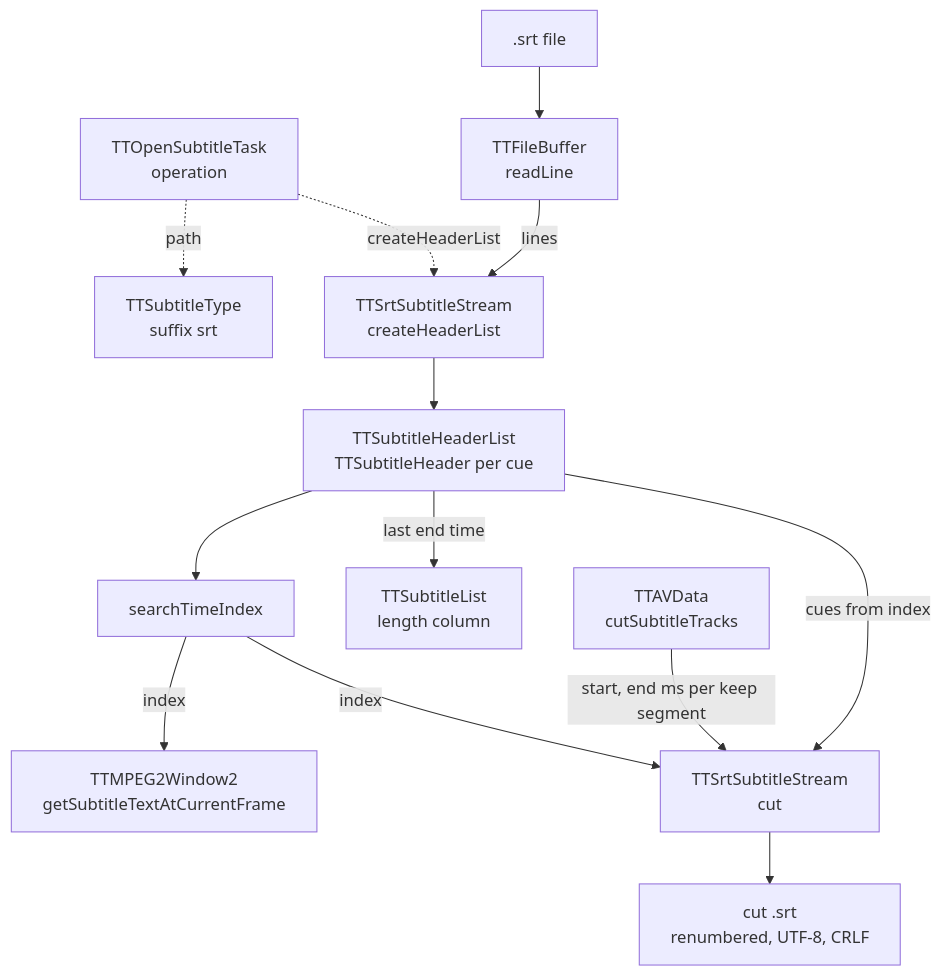
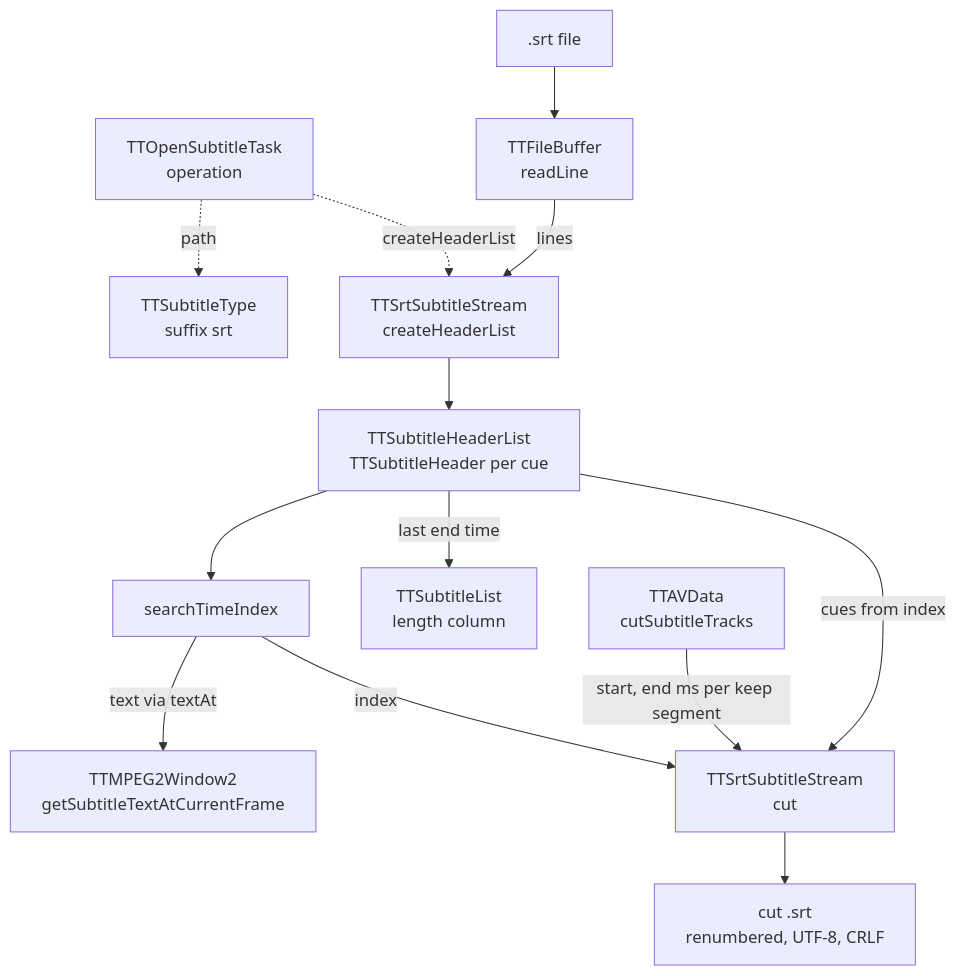
Before and after one commit to MINIXJR/TTCut-ng: the diagram in docs/code-map/subtitle-core.md, drawn with Mermaid. The commit also changed other lines of this file and 22 other files, not shown here.

````diff
--- a/docs/code-map/subtitle-core.md
+++ b/docs/code-map/subtitle-core.md
@@ -41,28 +41,28 @@
 ```mermaid
 flowchart TD
     FILE[".srt file"]
     TYPE["TTSubtitleType<br/>suffix srt"]
     TASK["TTOpenSubtitleTask<br/>operation"]
     PARSE["TTSrtSubtitleStream<br/>createHeaderList"]
     FB["TTFileBuffer<br/>readLine"]
     HL["TTSubtitleHeaderList<br/>TTSubtitleHeader per cue"]
     SEARCH["searchTimeIndex"]
     LEN["TTSubtitleList<br/>length column"]
     OVL["TTMPEG2Window2<br/>getSubtitleTextAtCurrentFrame"]
     CUTT["TTAVData<br/>cutSubtitleTracks"]
     CUT["TTSrtSubtitleStream<br/>cut"]
     OUT["cut .srt<br/>renumbered, UTF-8, CRLF"]
 
     TASK -.->|path| TYPE
     TASK -.->|createHeaderList| PARSE
     FILE --> FB
     FB -->|lines| PARSE
     PARSE --> HL
     HL -->|last end time| LEN
     HL --> SEARCH
-    SEARCH -->|index| OVL
+    SEARCH -->|text via textAt| OVL
     SEARCH -->|index| CUT
     CUTT -->|start, end ms per keep segment| CUT
     HL -->|cues from index| CUT
     CUT --> OUT
 ```
````
